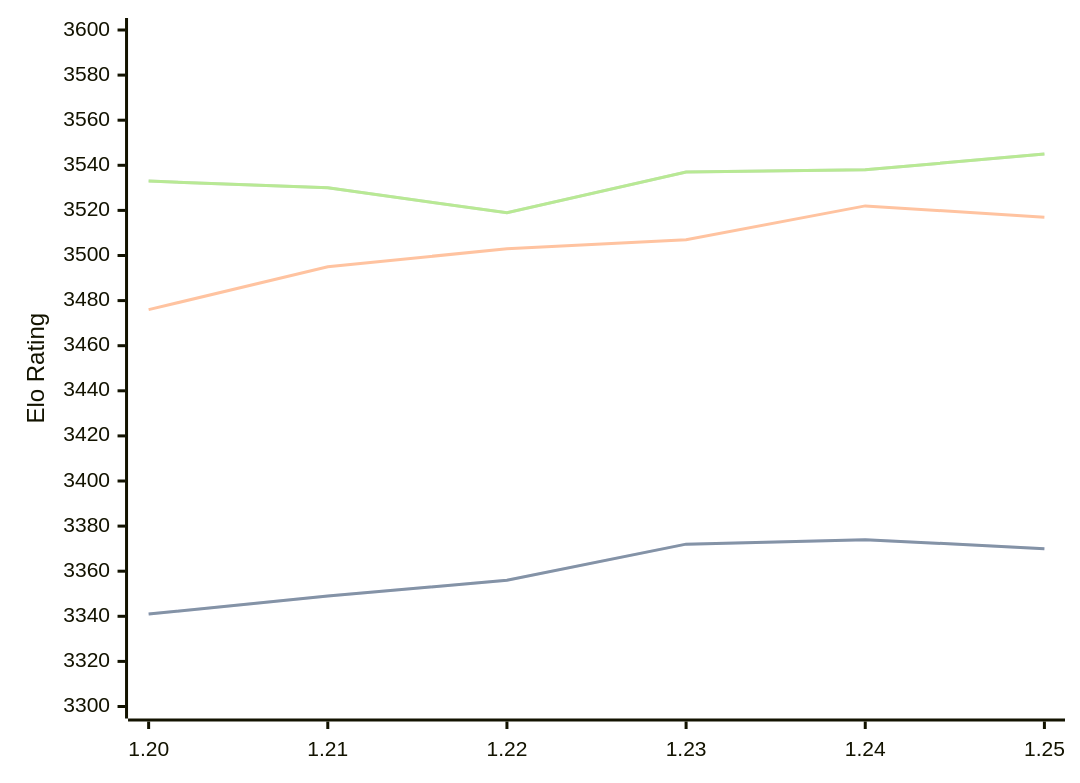
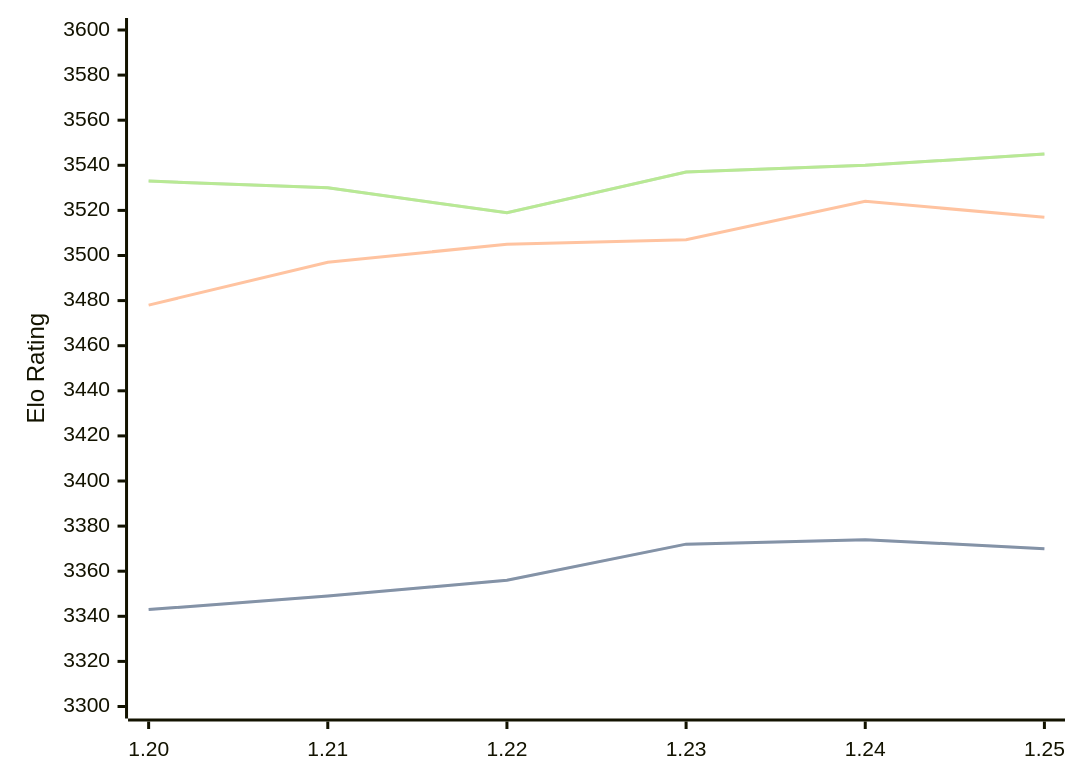
The first of 3 diagrams in engines/Caissa.md (computer-chess-index/cci), drawn with Mermaid before and after one commit. The commit also changed other lines of this file, not shown here.

Commit message:
Update CCI Ratings (ELO VLTC) - 2026-07-18

````diff
--- a/engines/Caissa.md
+++ b/engines/Caissa.md
@@ -65,11 +65,11 @@
 ```mermaid
 %%{init: {"theme":"base","themeVariables":{"seriesColors:['#a3a3a3','#222221','#faa371']}}}%%
 xychart-beta
   x-axis ["1.20", "1.21", "1.22", "1.23", "1.24", "1.25"]
   y-axis "Elo Rating" 3300 --> 3600
-  line "STC (8.0+0.08s)" [3341, 3349, 3356, 3372, 3374, 3370]
-  line "STC (8.0+0.08s)" [3341, 3349, 3356, 3372, 3374, 3370]
-  line "LTC (60.0+0.60s)" [3476, 3495, 3503, 3507, 3522, 3517]
-  line "VLTC (2m24s+1.12s)" [3533, 3530, 3519, 3537, 3538, 3545]
-  line "VLTC (2m24s+1.12s)" [3533, 3530, 3519, 3537, 3538, 3545]
+  line "STC (8.0+0.08s)" [3343, 3349, 3356, 3372, 3374, 3370]
+  line "STC (8.0+0.08s)" [3343, 3349, 3356, 3372, 3374, 3370]
+  line "LTC (60.0+0.60s)" [3478, 3497, 3505, 3507, 3524, 3517]
+  line "VLTC (2m24s+1.12s)" [3533, 3530, 3519, 3537, 3540, 3545]
+  line "VLTC (2m24s+1.12s)" [3533, 3530, 3519, 3537, 3540, 3545]
 ```
````
